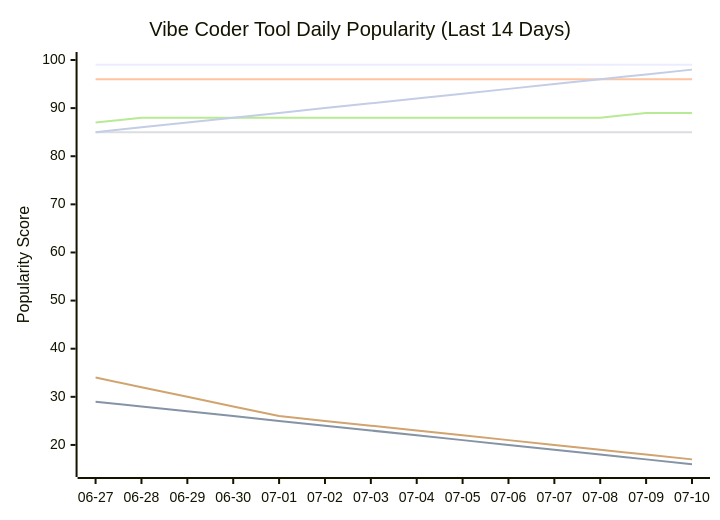
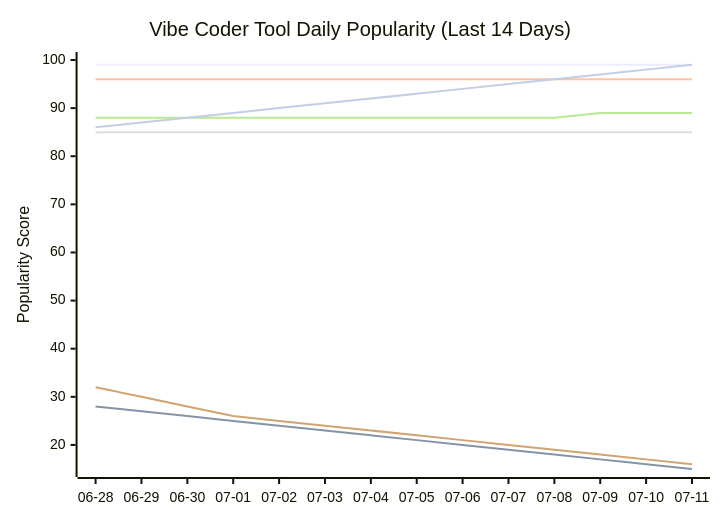
Before and after one commit to tykimos/ai-whatchelin: the seventh of 11 diagrams in README.md, drawn with Mermaid. The commit also changed other lines of this file and 4 other files, not shown here.

````diff
--- a/README.md
+++ b/README.md
@@ -1945,13 +1958,13 @@
 ```mermaid
 xychart-beta
     title "Vibe Coder Tool Daily Popularity (Last 14 Days)"
-    x-axis ["06-27", "06-28", "06-29", "06-30", "07-01", "07-02", "07-03", "07-04", "07-05", "07-06", "07-07", "07-08", "07-09", "07-10"]
+    x-axis ["06-28", "06-29", "06-30", "07-01", "07-02", "07-03", "07-04", "07-05", "07-06", "07-07", "07-08", "07-09", "07-10", "07-11"]
     y-axis "Popularity Score" 15 --> 100
     line "Claude Code" [99, 99, 99, 99, 99, 99, 99, 99, 99, 99, 99, 99, 99, 99]
-    line "GH Copilot" [29, 28, 27, 26, 25, 24, 23, 22, 21, 20, 19, 18, 17, 16]
+    line "GH Copilot" [28, 27, 26, 25, 24, 23, 22, 21, 20, 19, 18, 17, 16, 15]
     line "Cursor" [96, 96, 96, 96, 96, 96, 96, 96, 96, 96, 96, 96, 96, 96]
     line "Windsurf" [85, 85, 85, 85, 85, 85, 85, 85, 85, 85, 85, 85, 85, 85]
-    line "Codex CLI" [87, 88, 88, 88, 88, 88, 88, 88, 88, 88, 88, 88, 89, 89]
-    line "Gemini CLI" [34, 32, 30, 28, 26, 25, 24, 23, 22, 21, 20, 19, 18, 17]
-    line "Antigravity" [85, 86, 87, 88, 89, 90, 91, 92, 93, 94, 95, 96, 97, 98]
+    line "Codex CLI" [88, 88, 88, 88, 88, 88, 88, 88, 88, 88, 88, 89, 89, 89]
+    line "Gemini CLI" [32, 30, 28, 26, 25, 24, 23, 22, 21, 20, 19, 18, 17, 16]
+    line "Antigravity" [86, 87, 88, 89, 90, 91, 92, 93, 94, 95, 96, 97, 98, 99]
 ```
````
